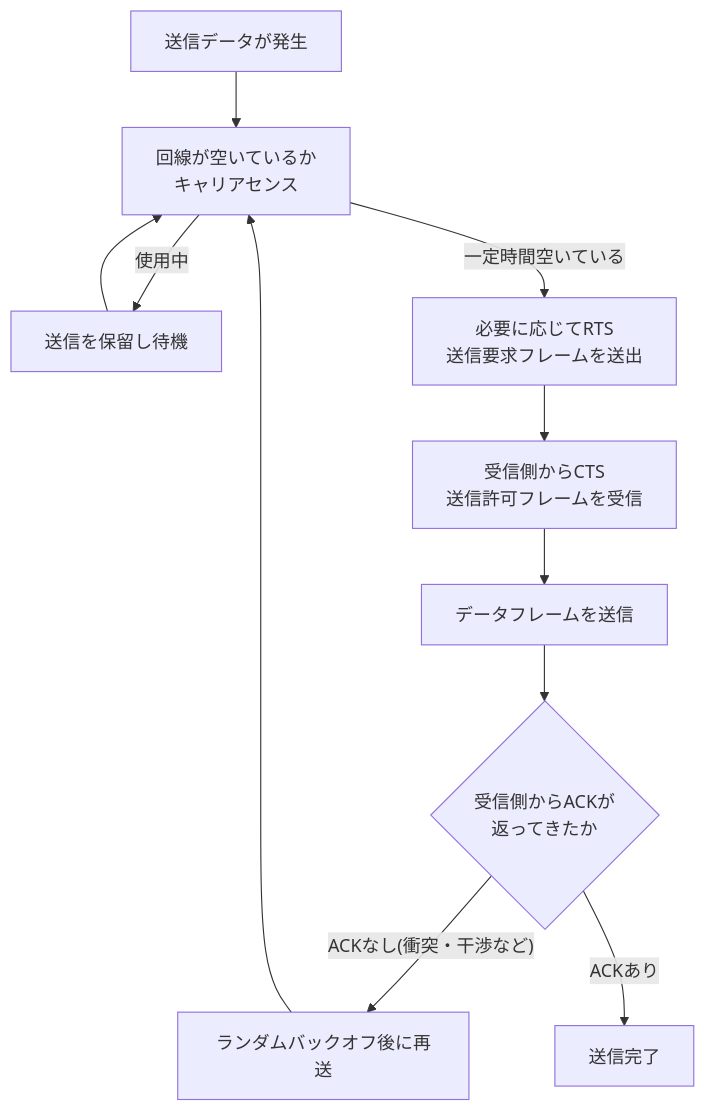
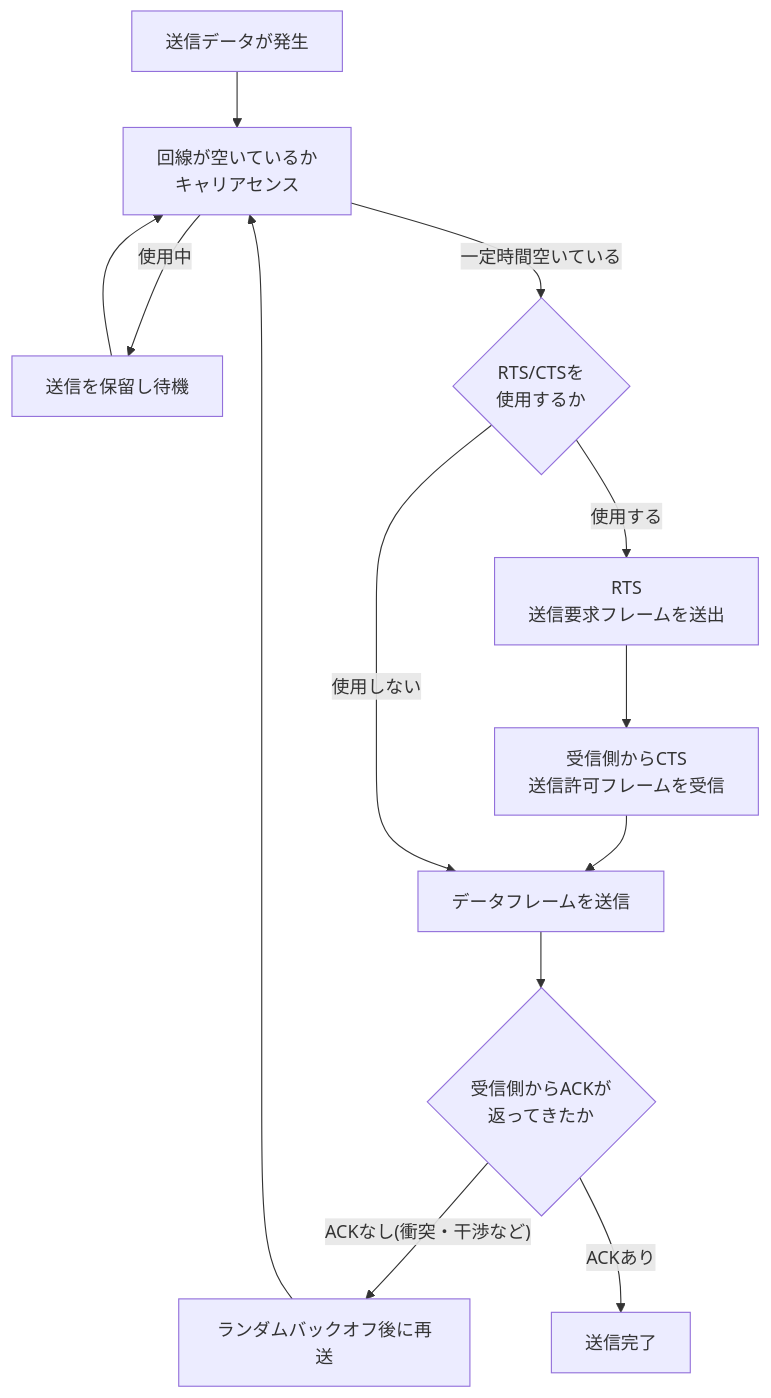
Before and after one commit to myoshi2891/Cloud-Infrastructure-Studies: the seventh of 21 diagrams in Computer-networks-tanenbaum.md, drawn with Mermaid. The commit also changed other lines of this file, not shown here.

Commit message:
docs(network): update Computer Networks Tanenbaum study guide

````diff
--- a/Computer-networks-tanenbaum.md
+++ b/Computer-networks-tanenbaum.md
@@ -297,13 +297,15 @@
 ```mermaid
 flowchart TD
     Start2["送信データが発生"] --> Sense2["回線が空いているか<br/>キャリアセンス"]
     Sense2 -->|使用中| Defer["送信を保留し待機"]
     Defer --> Sense2
-    Sense2 -->|一定時間空いている| RTS["必要に応じてRTS<br/>送信要求フレームを送出"]
+    Sense2 -->|一定時間空いている| UseRts{"RTS/CTSを<br/>使用するか"}
+    UseRts -->|使用する| RTS["RTS<br/>送信要求フレームを送出"]
     RTS --> CTS["受信側からCTS<br/>送信許可フレームを受信"]
     CTS --> Send2["データフレームを送信"]
+    UseRts -->|使用しない| Send2
     Send2 --> ACK{"受信側からACKが<br/>返ってきたか"}
     ACK -->|"ACKなし(衝突・干渉など)"| Backoff2["ランダムバックオフ後に再送"]
     Backoff2 --> Sense2
     ACK -->|ACKあり| Done2["送信完了"]
 ```
````
